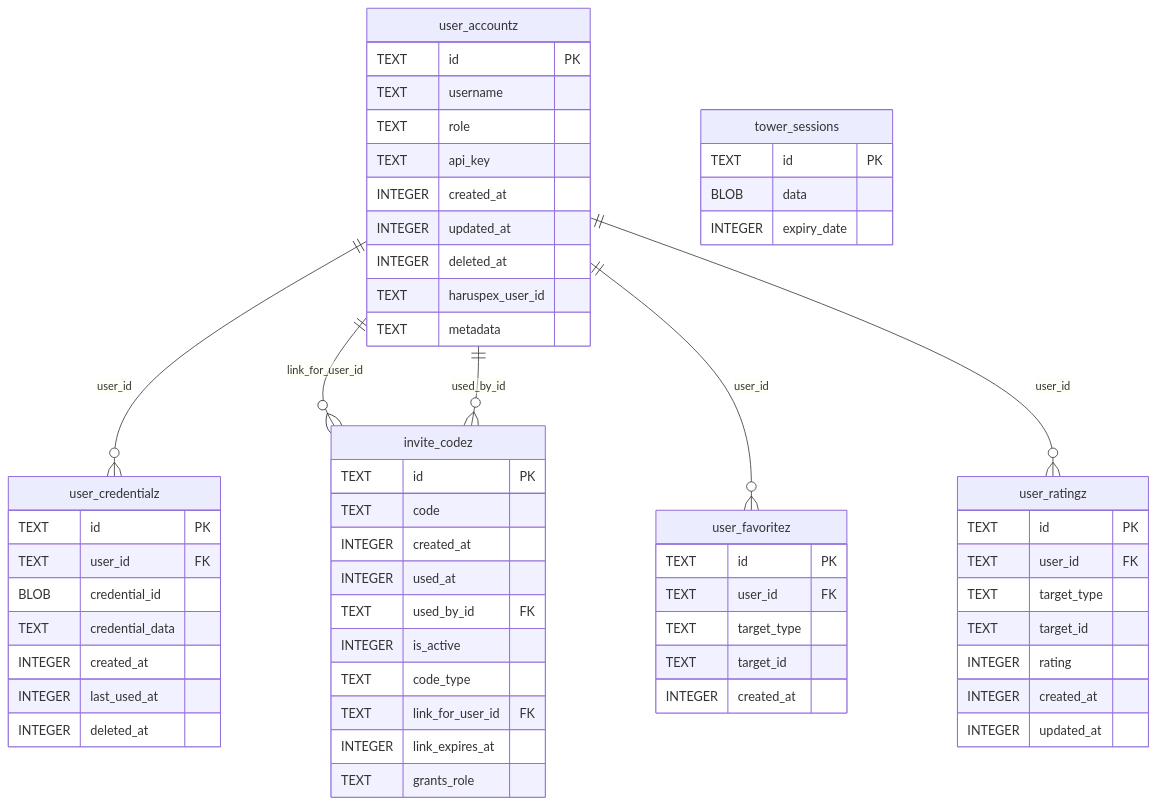
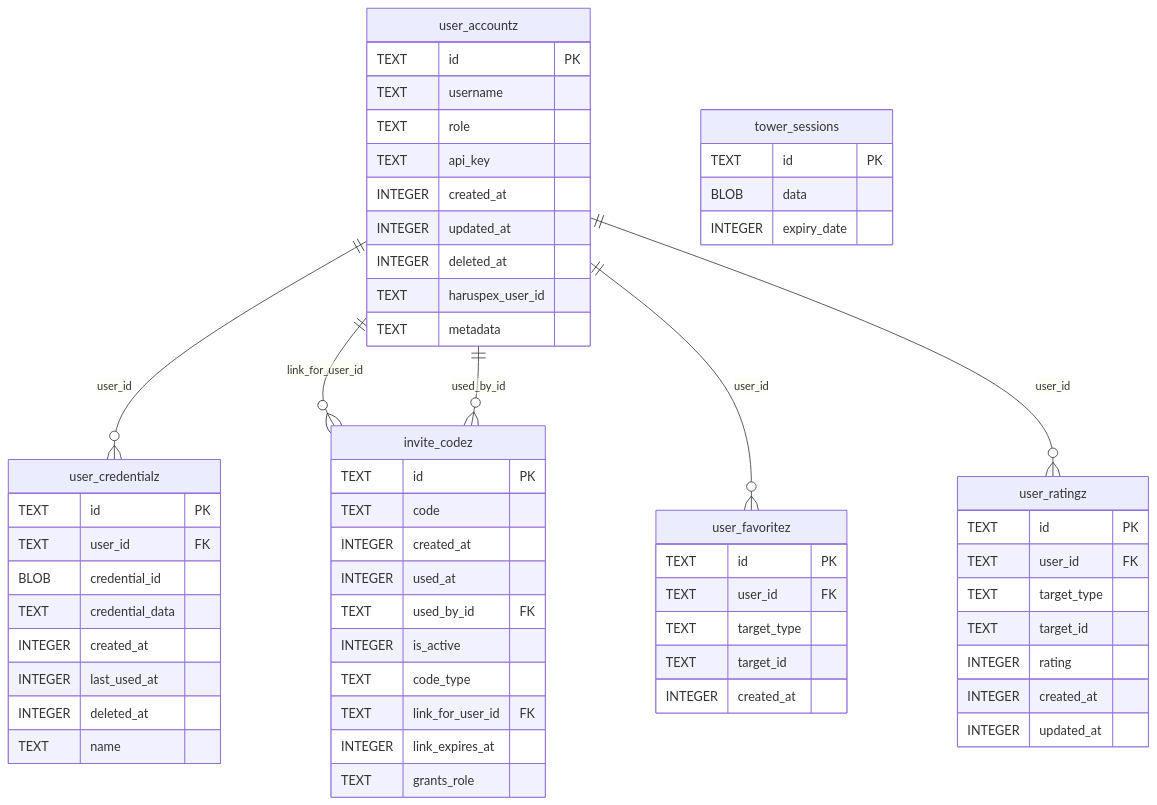
One commit to freqhole/tomb changed the fifth of 22 diagrams in freqhole.net/src/content/docs/concepts/database.mdx. Above: the diagram before and after it, drawn with Mermaid. The commit also changed other lines of this file and 22 other files, not shown here.

````diff
--- a/freqhole.net/src/content/docs/concepts/database.mdx
+++ b/freqhole.net/src/content/docs/concepts/database.mdx
@@ -305,61 +303,62 @@
 ```mermaid
 erDiagram
   user_accountz {
     TEXT id PK
     TEXT username
     TEXT role
     TEXT api_key
     INTEGER created_at
     INTEGER updated_at
     INTEGER deleted_at
     TEXT haruspex_user_id
     TEXT metadata
   }
   user_credentialz {
     TEXT id PK
     TEXT user_id FK
     BLOB credential_id
     TEXT credential_data
     INTEGER created_at
     INTEGER last_used_at
     INTEGER deleted_at
+    TEXT name
   }
   invite_codez {
     TEXT id PK
     TEXT code
     INTEGER created_at
     INTEGER used_at
     TEXT used_by_id FK
     INTEGER is_active
     TEXT code_type
     TEXT link_for_user_id FK
     INTEGER link_expires_at
     TEXT grants_role
   }
   user_favoritez {
     TEXT id PK
     TEXT user_id FK
     TEXT target_type
     TEXT target_id
     INTEGER created_at
   }
   user_ratingz {
     TEXT id PK
     TEXT user_id FK
     TEXT target_type
     TEXT target_id
     INTEGER rating
     INTEGER created_at
     INTEGER updated_at
   }
   tower_sessions {
     TEXT id PK
     BLOB data
     INTEGER expiry_date
   }
   user_accountz ||--o{ user_credentialz : "user_id"
   user_accountz ||--o{ invite_codez : "link_for_user_id"
   user_accountz ||--o{ invite_codez : "used_by_id"
   user_accountz ||--o{ user_favoritez : "user_id"
   user_accountz ||--o{ user_ratingz : "user_id"
 ```
````
